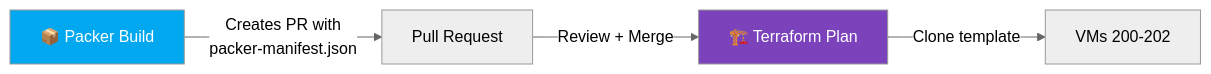
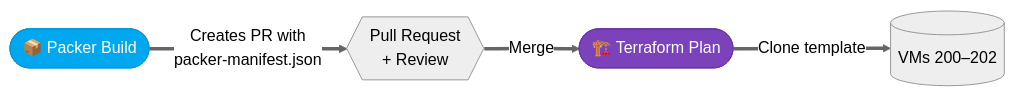
Before and after one commit to Starktastic-Homelab/terraform: the third of 4 diagrams in README.md, drawn with Mermaid (neutral theme). The commit also changed other lines of this file, not shown here.

Commit message:
docs: prettify Mermaid diagrams with semantic shapes and visual hierarchy

````diff
--- a/README.md
+++ b/README.md
@@ -165,9 +167,11 @@
 ```mermaid
 flowchart LR
-    PK["📦 Packer Build"] -->|"Creates PR with\npacker-manifest.json"| PR["Pull Request"]
-    PR -->|"Review + Merge"| TF["🏗️ Terraform Plan"]
-    TF -->|"Clone template"| VMs["VMs 200-202"]
+    PK(["📦 Packer Build"]) ==>|"Creates PR with\npacker-manifest.json"| PR{{"Pull Request\n+ Review"}}
+    PR ==>|Merge| TF(["🏗️ Terraform Plan"])
+    TF ==>|"Clone template"| VMs[(VMs 200–202)]
 
-    style PK fill:#02A8EF,color:#fff
-    style TF fill:#7B42BC,color:#fff
+    classDef packer fill:#02A8EF,stroke:#0196D4,color:#fff
+    classDef terraform fill:#7B42BC,stroke:#6A35A3,color:#fff
+    class PK packer
+    class TF terraform
 ```
````
